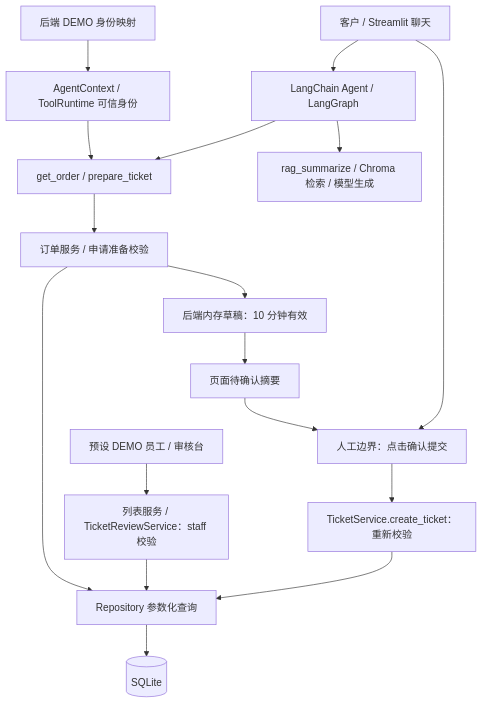
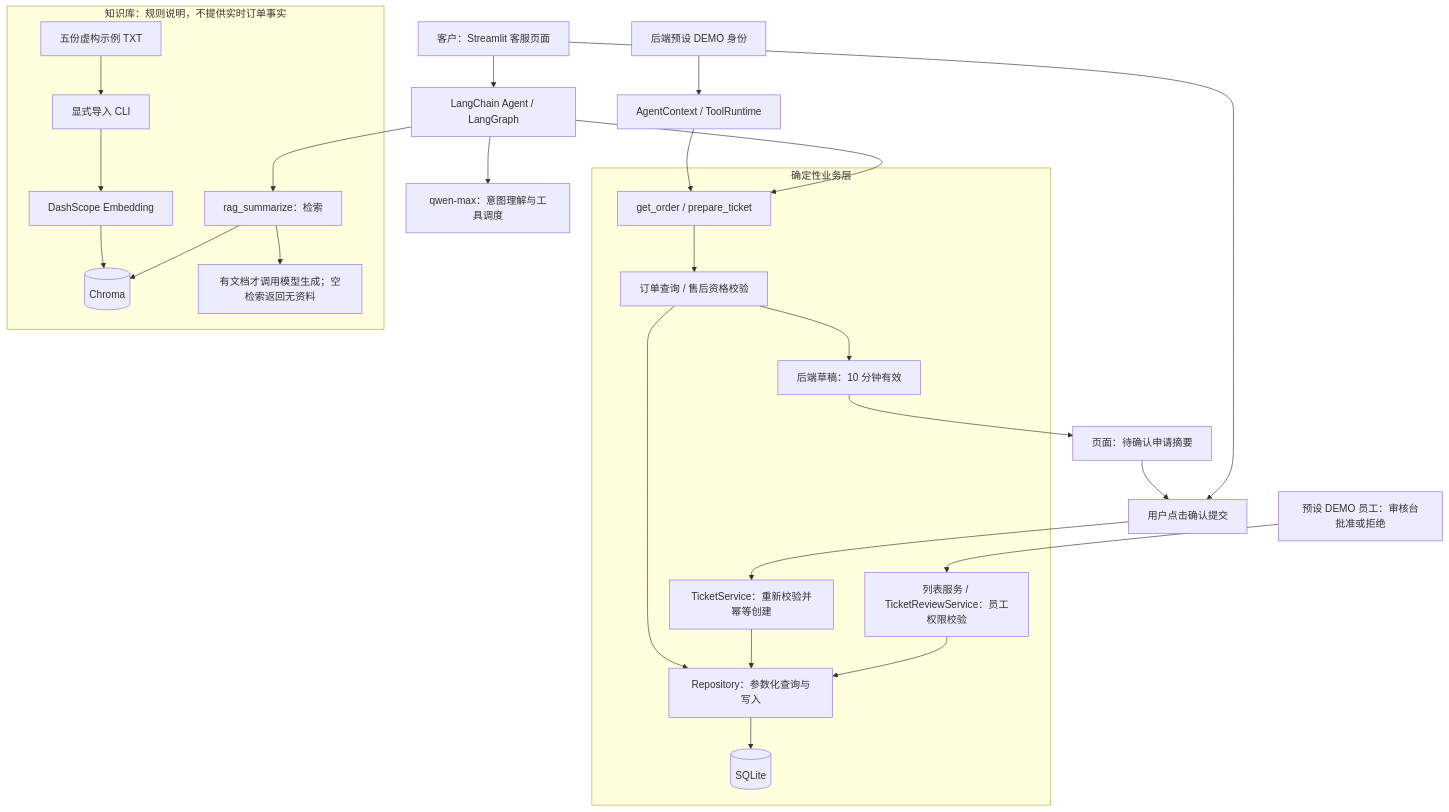
The diagram in README.md (Miles-Leo/ServicePilot-AI), drawn with Mermaid before and after one commit. The commit also changed other lines of this file and 7 other files, not shown here.

````diff
--- a/README.md
+++ b/README.md
@@ -42,19 +50,32 @@
 ```mermaid
 flowchart TD
-    Customer["客户 / Streamlit 聊天"] --> Agent["LangChain Agent / LangGraph"]
-    Identity["后端 DEMO 身份映射"] --> Context["AgentContext / ToolRuntime 可信身份"]
+    Customer["客户：Streamlit 客服页面"] --> Agent["LangChain Agent / LangGraph"]
+    Identity["后端预设 DEMO 身份"] --> Context["AgentContext / ToolRuntime"]
     Context --> Tools["get_order / prepare_ticket"]
     Agent --> Tools
-    Tools --> Services["订单服务 / 申请准备校验"]
-    Services --> Repo["Repository 参数化查询"]
-    Repo --> DB[(SQLite)]
-    Services --> Draft["后端内存草稿：10 分钟有效"]
-    Draft --> Summary["页面待确认摘要"]
-    Customer --> Confirm["人工边界：点击确认提交"]
-    Summary --> Confirm
-    Confirm --> Create["TicketService.create_ticket：重新校验"]
-    Create --> Repo
-    Staff["预设 DEMO 员工 / 审核台"] --> Review["列表服务 / TicketReviewService：staff 校验"]
-    Review --> Repo
-    Agent --> RAG["rag_summarize / Chroma 检索 / 模型生成"]
+    Agent --> Chat["qwen-max：意图理解与工具调度"]
+
+    subgraph Business ["确定性业务层"]
+        Tools --> Services["订单查询 / 售后资格校验"]
+        Services --> Repo["Repository：参数化查询与写入"]
+        Repo --> DB[("SQLite")]
+        Services --> Draft["后端草稿：10 分钟有效"]
+        Create["TicketService：重新校验并幂等创建"] --> Repo
+        Review["列表服务 / TicketReviewService：员工权限校验"] --> Repo
+    end
+
+    Draft --> Summary["页面：待确认申请摘要"]
+    Summary --> Confirm["用户点击确认提交"]
+    Customer --> Confirm
+    Confirm --> Create
+    Staff["预设 DEMO 员工：审核台批准或拒绝"] --> Review
+
+    subgraph Knowledge ["知识库：规则说明，不提供实时订单事实"]
+        Samples["五份虚构示例 TXT"] --> CLI["显式导入 CLI"]
+        CLI --> Embed["DashScope Embedding"]
+        Embed --> Chroma[("Chroma")]
+        Search["rag_summarize：检索"] --> Chroma
+        Search --> Answer["有文档才调用模型生成；空检索返回无资料"]
+    end
+    Agent --> Search
 ```
````
